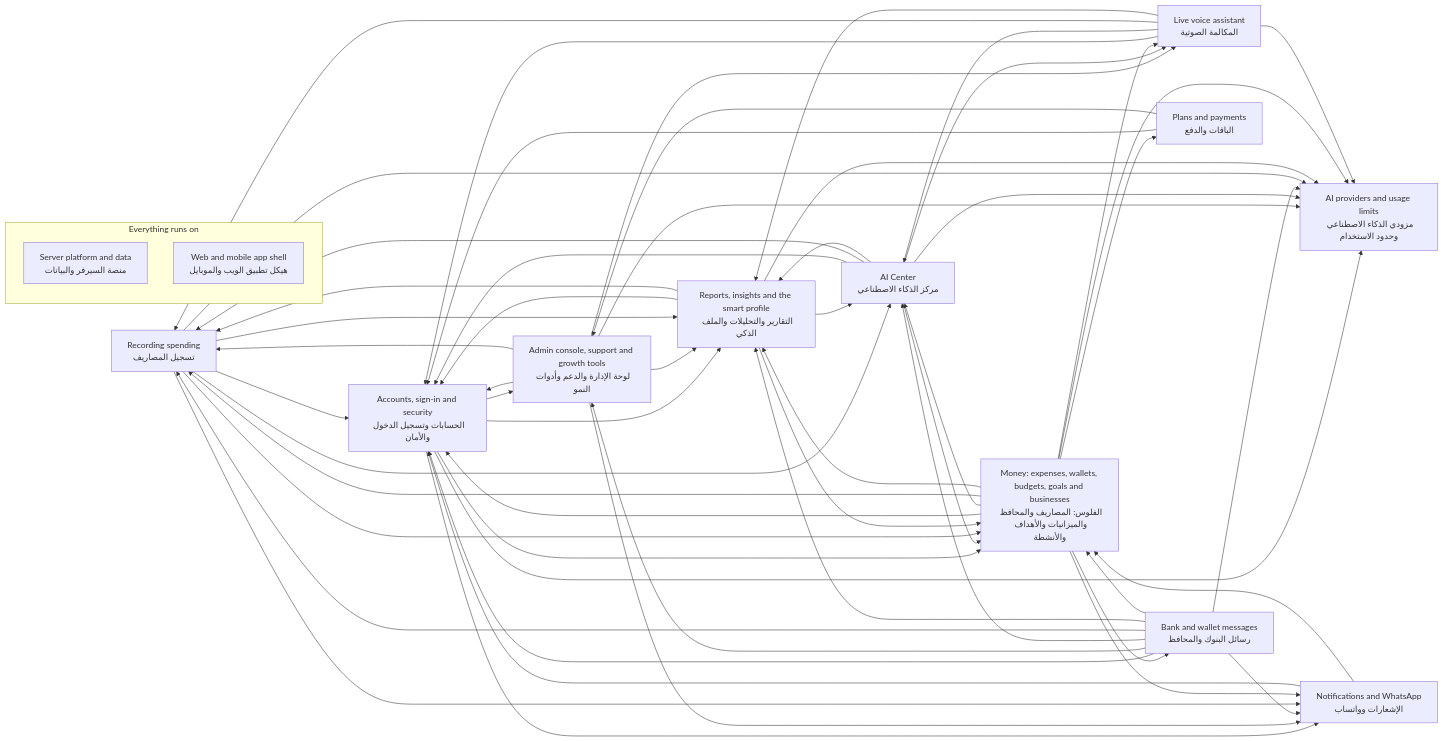
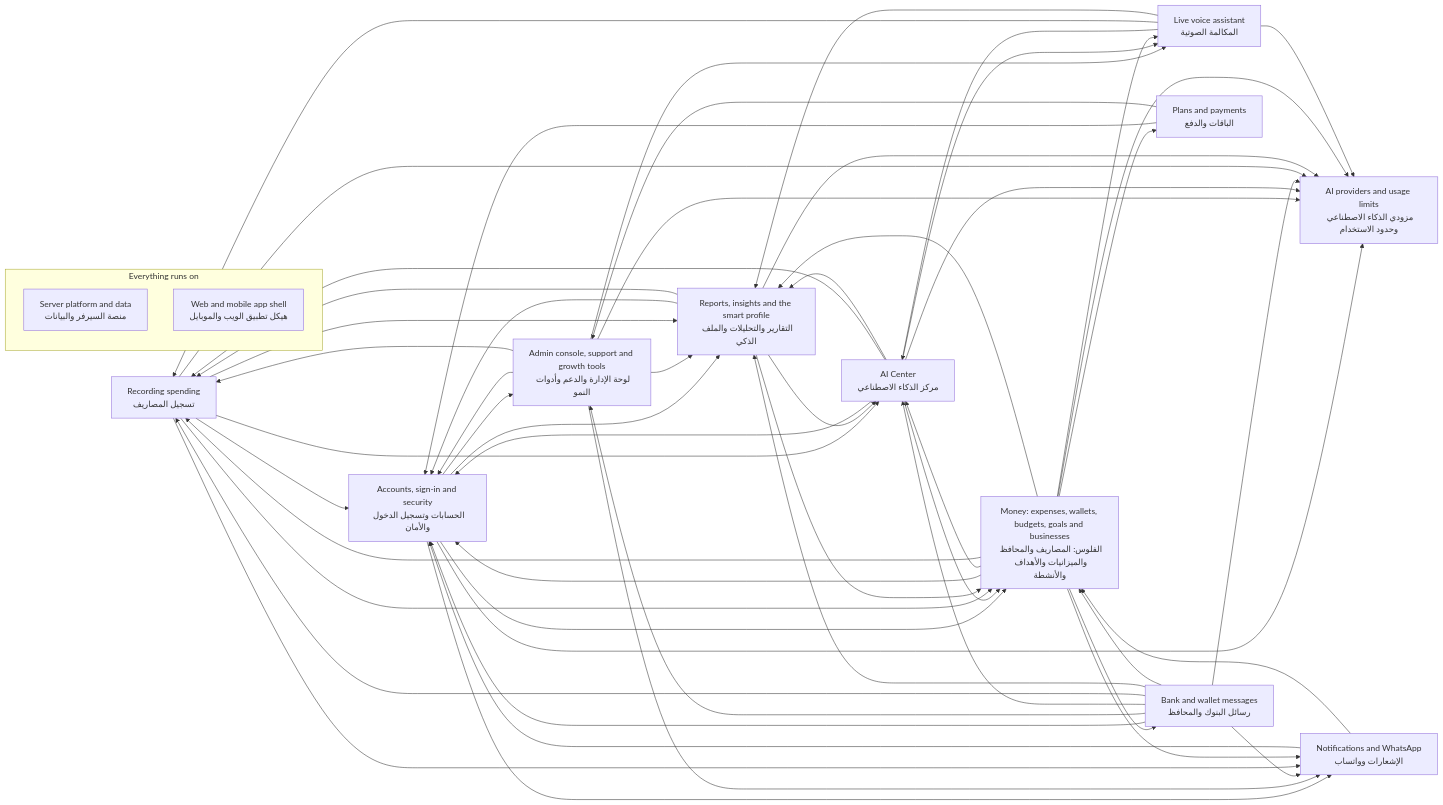
Before and after one commit to mahmoudtaherr111/smartspend_mini_all: the diagram in docs/atlas/systems/README.md, drawn with Mermaid. The commit also changed other lines of this file and 67 other files, not shown here.

````diff
--- a/docs/atlas/systems/README.md
+++ b/docs/atlas/systems/README.md
@@ -15,72 +15,71 @@
 ```mermaid
 flowchart LR
   sys_expense_capture["Recording spending<br/>تسجيل المصاريف"]
   sys_bank_messages["Bank and wallet messages<br/>رسائل البنوك والمحافظ"]
   sys_voice_calls["Live voice assistant<br/>المكالمة الصوتية"]
   sys_ai_center["AI Center<br/>مركز الذكاء الاصطناعي"]
   sys_insights["Reports, insights and the smart profile<br/>التقارير والتحليلات والملف الذكي"]
   sys_money["Money: expenses, wallets, budgets, goals and businesses<br/>الفلوس: المصاريف والمحافظ والميزانيات والأهداف والأنشطة"]
   sys_accounts["Accounts, sign-in and security<br/>الحسابات وتسجيل الدخول والأمان"]
   sys_billing["Plans and payments<br/>الباقات والدفع"]
   sys_notifications["Notifications and WhatsApp<br/>الإشعارات وواتساب"]
   sys_admin["Admin console, support and growth tools<br/>لوحة الإدارة والدعم وأدوات النمو"]
   sys_ai_platform["AI providers and usage limits<br/>مزودي الذكاء الاصطناعي وحدود الاستخدام"]
   subgraph g_foundation["Everything runs on"]
     sys_platform["Server platform and data<br/>منصة السيرفر والبيانات"]
     sys_web_app["Web and mobile app shell<br/>هيكل تطبيق الويب والموبايل"]
   end
   sys_accounts --> sys_admin
   sys_accounts --> sys_ai_platform
   sys_accounts --> sys_insights
   sys_accounts --> sys_money
   sys_accounts --> sys_notifications
   sys_admin --> sys_accounts
   sys_admin --> sys_ai_platform
   sys_admin --> sys_expense_capture
   sys_admin --> sys_insights
   sys_admin --> sys_notifications
   sys_admin --> sys_voice_calls
   sys_ai_center --> sys_accounts
   sys_ai_center --> sys_ai_platform
   sys_ai_center --> sys_expense_capture
   sys_ai_center --> sys_insights
   sys_ai_center --> sys_money
   sys_ai_center --> sys_voice_calls
   sys_bank_messages --> sys_accounts
   sys_bank_messages --> sys_admin
   sys_bank_messages --> sys_ai_center
   sys_bank_messages --> sys_ai_platform
   sys_bank_messages --> sys_expense_capture
   sys_bank_messages --> sys_insights
   sys_bank_messages --> sys_money
   sys_bank_messages --> sys_notifications
   sys_billing --> sys_accounts
   sys_billing --> sys_admin
   sys_expense_capture --> sys_accounts
   sys_expense_capture --> sys_ai_center
   sys_expense_capture --> sys_ai_platform
   sys_expense_capture --> sys_insights
   sys_expense_capture --> sys_money
   sys_expense_capture --> sys_notifications
   sys_insights --> sys_accounts
   sys_insights --> sys_ai_center
   sys_insights --> sys_ai_platform
   sys_insights --> sys_expense_capture
   sys_insights --> sys_money
   sys_money --> sys_accounts
   sys_money --> sys_ai_center
   sys_money --> sys_ai_platform
   sys_money --> sys_bank_messages
   sys_money --> sys_billing
   sys_money --> sys_expense_capture
   sys_money --> sys_insights
   sys_money --> sys_notifications
   sys_money --> sys_voice_calls
   sys_notifications --> sys_accounts
   sys_notifications --> sys_money
-  sys_voice_calls --> sys_accounts
   sys_voice_calls --> sys_ai_center
   sys_voice_calls --> sys_ai_platform
   sys_voice_calls --> sys_expense_capture
   sys_voice_calls --> sys_insights
 ```
````
